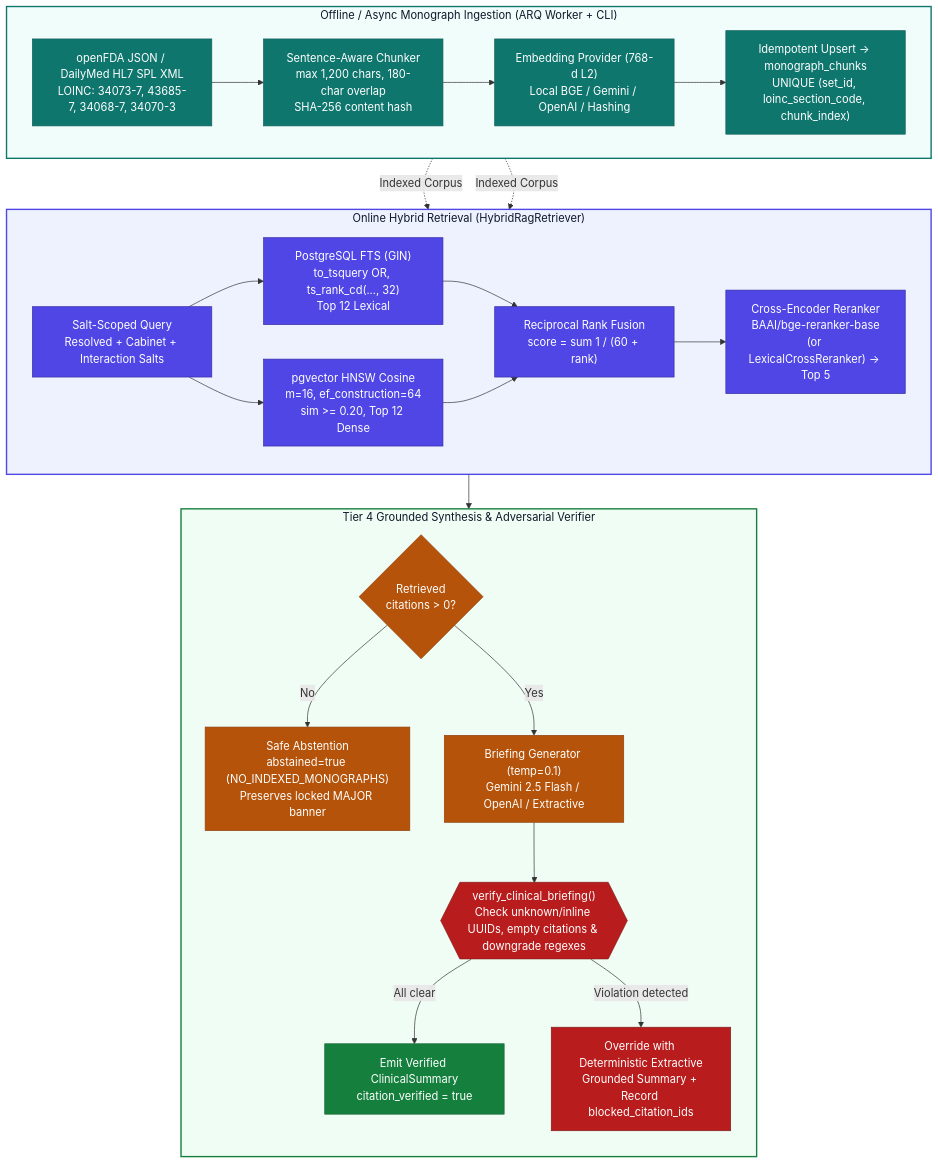
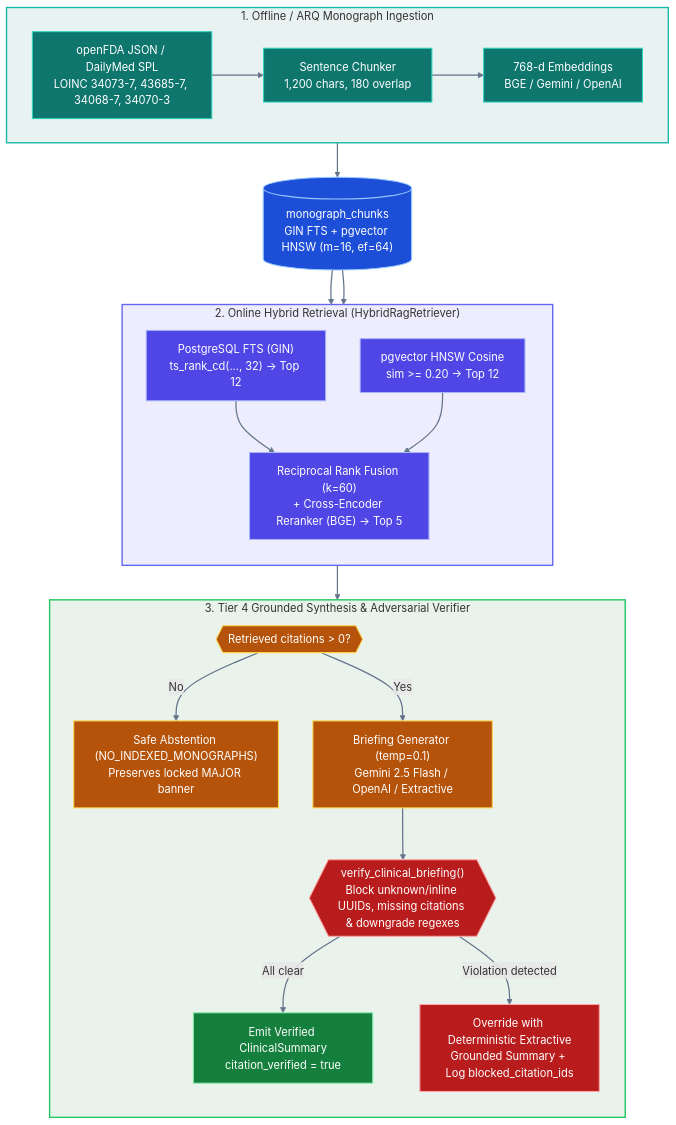
One commit to hrdk6/PillScope changed the sixth of 8 diagrams in README.md. Above: the diagram before and after it, drawn with Mermaid. The commit also changed other lines of this file, not shown here.

Commit message:
docs: fix Mermaid dark-mode contrast, diagram proportions, and normalizer counts

````diff
--- a/README.md
+++ b/README.md
@@ -469,58 +472,58 @@
 ```mermaid
-flowchart TD
-    subgraph SG_INGEST["Offline / Async Monograph Ingestion (ARQ Worker + CLI)"]
+flowchart TB
+    subgraph SG_INGEST["1. Offline / ARQ Monograph Ingestion"]
         direction LR
-        SRC["openFDA JSON / DailyMed HL7 SPL XML<br/>LOINC: 34073-7, 43685-7, 34068-7, 34070-3"]
-        CHK["Sentence-Aware Chunker<br/>max 1,200 chars, 180-char overlap<br/>SHA-256 content hash"]
-        EMB["Embedding Provider (768-d L2)<br/>Local BGE / Gemini / OpenAI / Hashing"]
-        UPS["Idempotent Upsert → monograph_chunks<br/>UNIQUE (set_id, loinc_section_code, chunk_index)"]
-        SRC --> CHK --> EMB --> UPS
+        SRC["openFDA JSON / DailyMed SPL<br/>LOINC 34073-7, 43685-7, 34068-7, 34070-3"] --> CHK["Sentence Chunker<br/>1,200 chars, 180 overlap"] --> EMB["768-d Embeddings<br/>BGE / Gemini / OpenAI"]
     end
 
-    subgraph SG_RETR["Online Hybrid Retrieval (HybridRagRetriever)"]
-        direction LR
-        Q["Salt-Scoped Query<br/>Resolved + Cabinet + Interaction Salts"]
-        LEX["PostgreSQL FTS (GIN)<br/>to_tsquery OR, ts_rank_cd(..., 32)<br/>Top 12 Lexical"]
-        DEN["pgvector HNSW Cosine<br/>m=16, ef_construction=64<br/>sim >= 0.20, Top 12 Dense"]
-        RRF["Reciprocal Rank Fusion<br/>score = sum 1 / (60 + rank)"]
-        RER["Cross-Encoder Reranker<br/>BAAI/bge-reranker-base<br/>(or LexicalCrossReranker) → Top 5"]
-        Q --> LEX --> RRF
-        Q --> DEN --> RRF
-        RRF --> RER
+    CORPUS[("monograph_chunks<br/>GIN FTS + pgvector HNSW (m=16, ef=64)")]
+
+    subgraph SG_RETR["2. Online Hybrid Retrieval (HybridRagRetriever)"]
+        direction TB
+        LEX["PostgreSQL FTS (GIN)<br/>ts_rank_cd(..., 32) → Top 12"]
+        DEN["pgvector HNSW Cosine<br/>sim >= 0.20 → Top 12"]
+        RRF["Reciprocal Rank Fusion (k=60)<br/>+ Cross-Encoder Reranker (BGE) → Top 5"]
+        LEX --> RRF
+        DEN --> RRF
     end
 
-    subgraph SG_VERIFY["Tier 4 Grounded Synthesis & Adversarial Verifier"]
+    subgraph SG_VERIFY["3. Tier 4 Grounded Synthesis & Adversarial Verifier"]
         direction TB
-        EMPTY{"Retrieved<br/>citations > 0?"}
-        ABST["Safe Abstention<br/>abstained=true (NO_INDEXED_MONOGRAPHS)<br/>Preserves locked MAJOR banner"]
+        EMPTY{{"Retrieved citations > 0?"}}
+        ABST["Safe Abstention (NO_INDEXED_MONOGRAPHS)<br/>Preserves locked MAJOR banner"]
         SYN["Briefing Generator (temp=0.1)<br/>Gemini 2.5 Flash / OpenAI / Extractive"]
-        VER{{"verify_clinical_briefing()<br/>Check unknown/inline UUIDs, empty citations & downgrade regexes"}}
+        VER{{"verify_clinical_briefing()<br/>Block unknown/inline UUIDs, missing citations & downgrade regexes"}}
         PASS["Emit Verified ClinicalSummary<br/>citation_verified = true"]
-        FALL["Override with Deterministic Extractive<br/>Grounded Summary + Record blocked_citation_ids"]
+        FALL["Override with Deterministic Extractive<br/>Grounded Summary + Log blocked_citation_ids"]
 
         EMPTY -->|"No"| ABST
         EMPTY -->|"Yes"| SYN --> VER
         VER -->|"All clear"| PASS
         VER -->|"Violation detected"| FALL
     end
 
-    UPS -.->|"Indexed Corpus"| LEX
-    UPS -.->|"Indexed Corpus"| DEN
-    RER --> EMPTY
+    EMB --> CORPUS
+    CORPUS --> LEX
+    CORPUS --> DEN
+    RRF --> EMPTY
 
-    style SG_INGEST fill:#F0FDFA,stroke:#0F766E,stroke-width:2px,color:#0F172A
-    style SG_RETR fill:#EEF2FF,stroke:#4F46E5,stroke-width:2px,color:#0F172A
-    style SG_VERIFY fill:#F0FDF4,stroke:#15803D,stroke-width:2px,color:#0F172A
+    style SG_INGEST fill:#0F766E18,stroke:#14B8A6,stroke-width:2px
+    style SG_RETR fill:#4F46E518,stroke:#6366F1,stroke-width:2px
+    style SG_VERIFY fill:#15803D18,stroke:#22C55E,stroke-width:2px
 
-    classDef teal fill:#0F766E,stroke:#115E59,color:#FFFFFF
-    classDef indigo fill:#4F46E5,stroke:#3730A3,color:#FFFFFF
-    classDef emerald fill:#15803D,stroke:#166534,color:#FFFFFF
-    classDef crimson fill:#B91C1C,stroke:#7F1D1D,color:#FFFFFF
-    classDef amber fill:#B45309,stroke:#92400E,color:#FFFFFF
+    linkStyle default stroke:#64748B,stroke-width:1.8px
 
-    class SRC,CHK,EMB,UPS teal
-    class Q,LEX,DEN,RRF,RER indigo
+    classDef teal fill:#0F766E,stroke:#2DD4BF,stroke-width:1.5px,color:#FFFFFF
+    classDef cobalt fill:#1D4ED8,stroke:#93C5FD,stroke-width:1.5px,color:#FFFFFF
+    classDef indigo fill:#4F46E5,stroke:#A5B4FC,stroke-width:1.5px,color:#FFFFFF
+    classDef emerald fill:#15803D,stroke:#86EFAC,stroke-width:1.5px,color:#FFFFFF
+    classDef crimson fill:#B91C1C,stroke:#FCA5A5,stroke-width:1.5px,color:#FFFFFF
+    classDef amber fill:#B45309,stroke:#FCD34D,stroke-width:1.5px,color:#FFFFFF
+
+    class SRC,CHK,EMB teal
+    class CORPUS cobalt
+    class LEX,DEN,RRF indigo
     class PASS emerald
     class VER,FALL crimson
     class EMPTY,ABST,SYN amber
 ```
````
